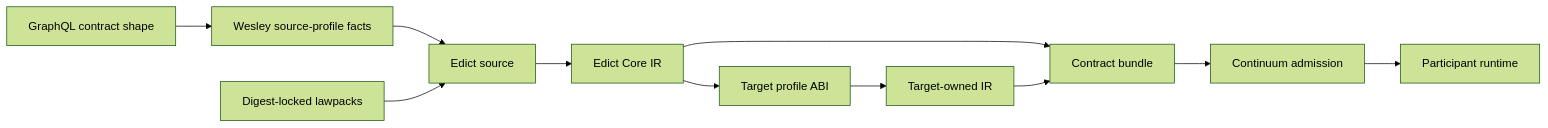
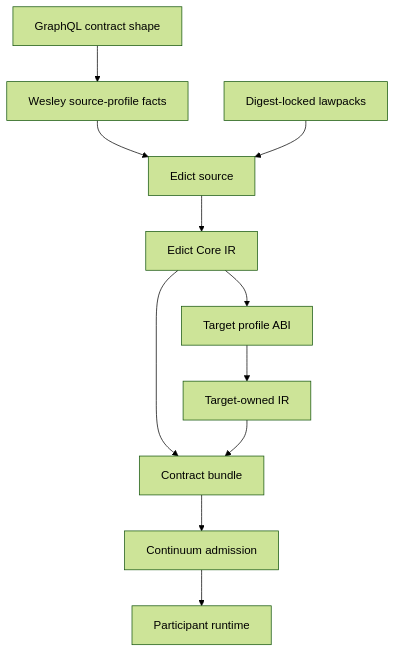
One commit to flyingrobots/edict changed the first of 4 diagrams in README.md. Above: the diagram before and after it, drawn with Mermaid (forest theme). The commit also changed other lines of this file, not shown here.

Commit message:
docs: refine Edict README diagrams

````diff
--- a/README.md
+++ b/README.md
@@ -22,24 +22,24 @@
 ```mermaid
-flowchart LR
+flowchart TD
     GraphQL[GraphQL contract shape]
     Wesley[Wesley source-profile facts]
     Lawpacks[Digest-locked lawpacks]
     Source[Edict source]
     Core[Edict Core IR]
     TargetProfile[Target profile ABI]
     TargetIR[Target-owned IR]
     Bundle[Contract bundle]
     Admission[Continuum admission]
     Runtime[Participant runtime]
 
     GraphQL --> Wesley
     Wesley --> Source
     Lawpacks --> Source
     Source --> Core
     Core --> TargetProfile
     TargetProfile --> TargetIR
     Core --> Bundle
     TargetIR --> Bundle
     Bundle --> Admission
     Admission --> Runtime
 ```
````
